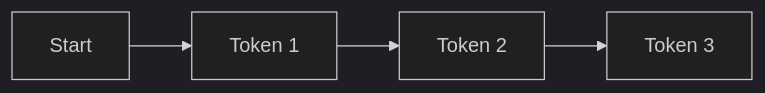
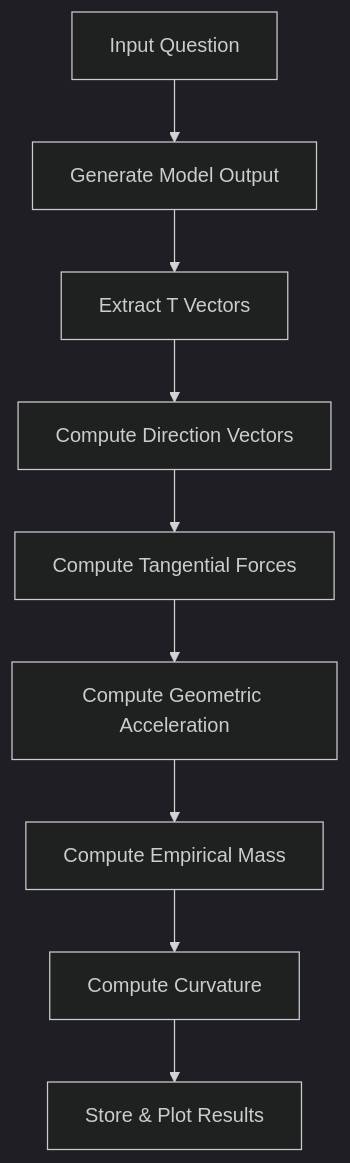
One commit to CuriousOne23/WhenMathPrays changed the diagram in docs/RP_experiments/00_protocol/METHOD.md. Above: the diagram before and after it, drawn with Mermaid (dark theme). The commit also changed other lines of this file, not shown here.

````diff
--- a/docs/RP_experiments/00_protocol/METHOD.md
+++ b/docs/RP_experiments/00_protocol/METHOD.md
@@ -124,6 +106,13 @@
 ```mermaid
-flowchart LR
-    A[Start] --> B[Token 1]
-    B --> C[Token 2]
-    C --> D[Token 3]
+flowchart TD
+    A[Input Question] --> B[Generate Model Output]
+    B --> C[Extract T Vectors]
+    C --> D[Compute Direction Vectors]
+    D --> E[Compute Tangential Forces]
+    E --> F[Compute Geometric Acceleration]
+    F --> G[Compute Empirical Mass]
+    G --> H[Compute Curvature]
+    H --> I[Store & Plot Results]
+
+
 ```
````
